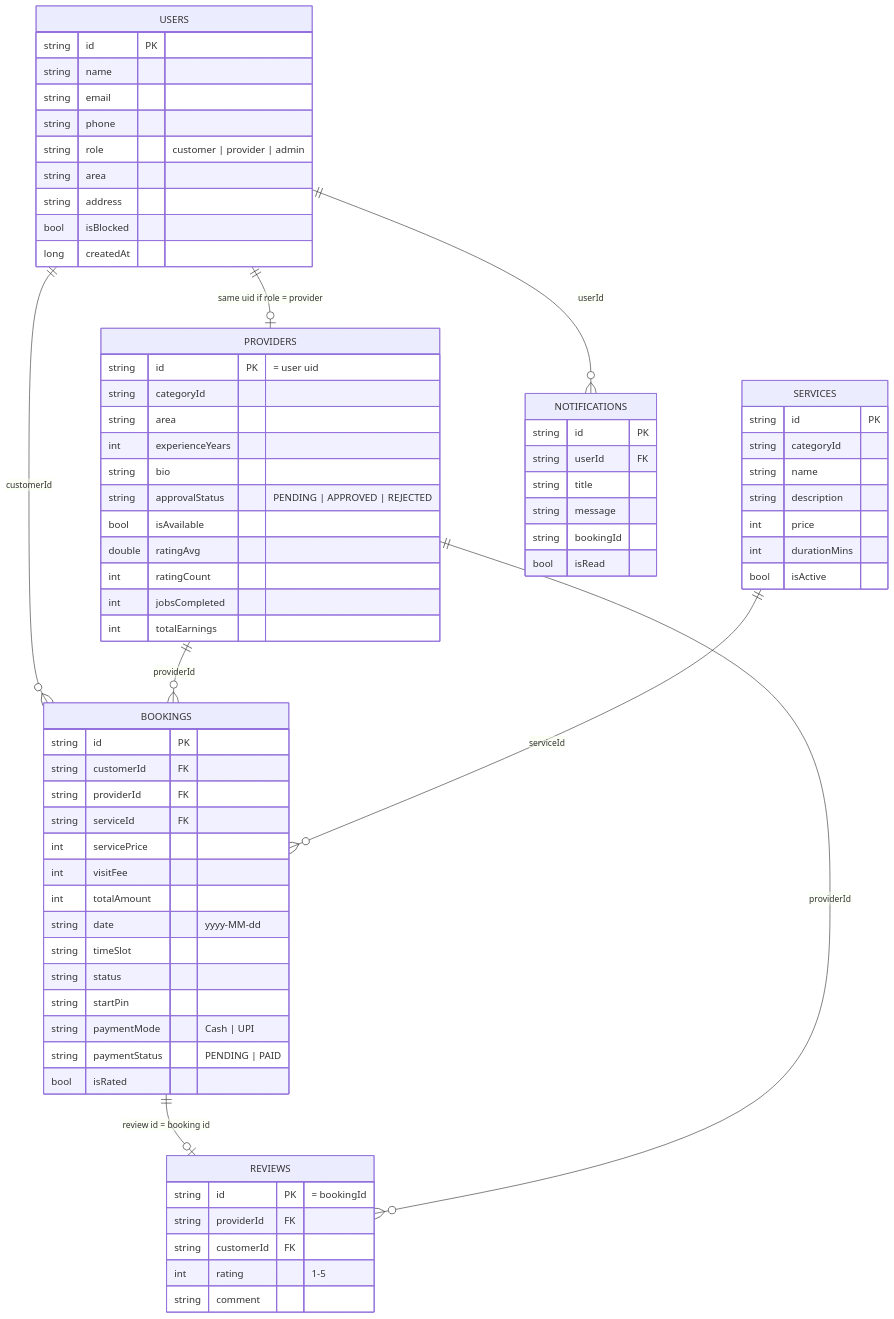
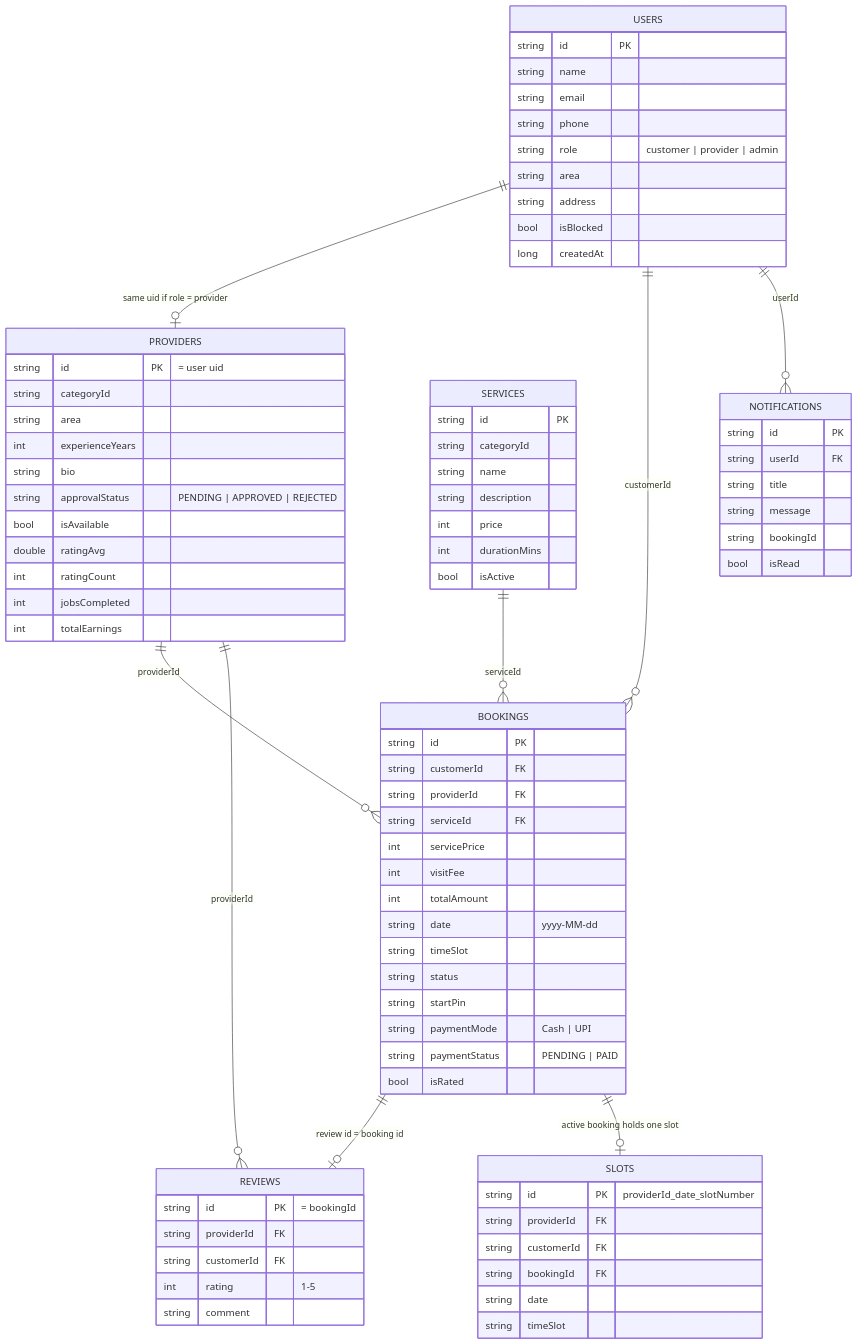
The second of 5 diagrams in docs/REPORT_KIT.md (janvi0802/ServiceHub), drawn with Mermaid before and after one commit. The commit also changed other lines of this file and 16 other files, not shown here.

Commit message:
Improvements: race-proof slot booking with private bookings, forgot password, confirm popups, book again, provider reviews

````diff
--- a/docs/REPORT_KIT.md
+++ b/docs/REPORT_KIT.md
@@ -43,6 +43,7 @@
     PROVIDERS ||--o{ BOOKINGS : "providerId"
     SERVICES ||--o{ BOOKINGS : "serviceId"
     BOOKINGS ||--o| REVIEWS : "review id = booking id"
+    BOOKINGS ||--o| SLOTS : "active booking holds one slot"
     PROVIDERS ||--o{ REVIEWS : "providerId"
     USERS ||--o{ NOTIFICATIONS : "userId"
 
@@ -110,4 +111,12 @@
         string bookingId
         bool isRead
     }
+    SLOTS {
+        string id PK "providerId_date_slotNumber"
+        string providerId FK
+        string customerId FK
+        string bookingId FK
+        string date
+        string timeSlot
+    }
 ```
````
